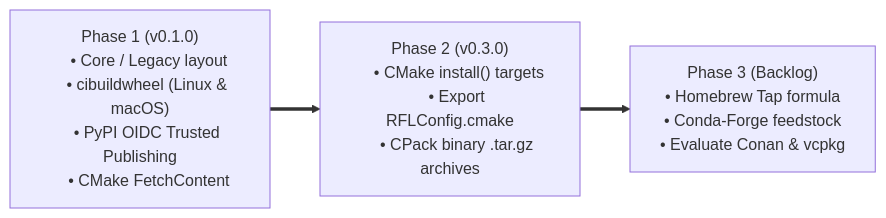
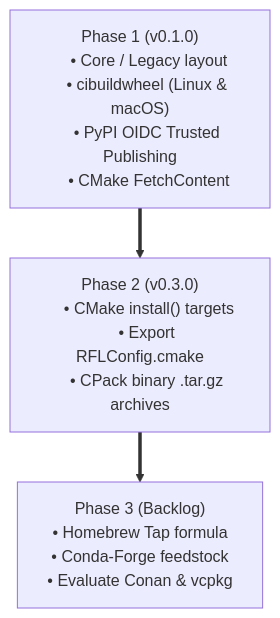
Before and after one commit to pauldruce/RFL: the first of 2 diagrams in docs/eps/ep-2-package-and-binary-distribution.md, drawn with Mermaid. The commit also changed other lines of this file, not shown here.

Commit message:
docs(ep-2): convert roadmap and release pipeline diagrams to top-to-bottom flows

````diff
--- a/docs/eps/ep-2-package-and-binary-distribution.md
+++ b/docs/eps/ep-2-package-and-binary-distribution.md
@@ -161,18 +161,18 @@
 ```mermaid
-flowchart LR
+flowchart TD
     P1["Phase 1 (v0.1.0)
     • Core / Legacy layout
     • cibuildwheel (Linux & macOS)
     • PyPI OIDC Trusted Publishing
     • CMake FetchContent"]
     P2["Phase 2 (v0.3.0)
     • CMake install() targets
     • Export RFLConfig.cmake
     • CPack binary .tar.gz archives"]
     P3["Phase 3 (Backlog)
     • Homebrew Tap formula
     • Conda-Forge feedstock
     • Evaluate Conan & vcpkg"]
 
     P1 ==> P2 ==> P3
 ```
````
